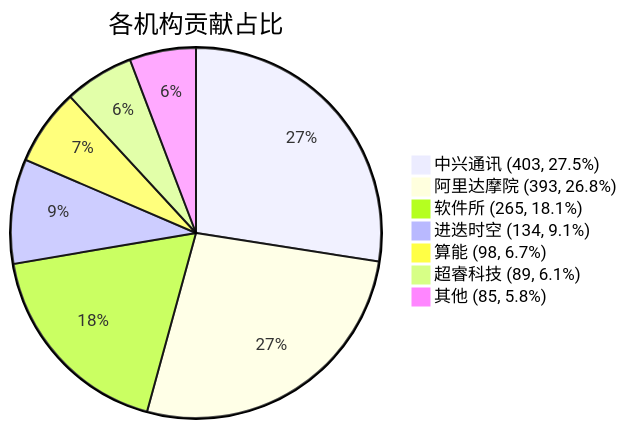
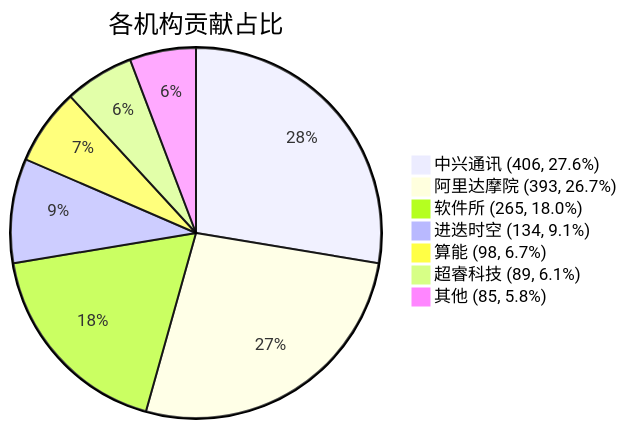
The diagram in docs/index.md (RVCK-Project/rvck), drawn with Mermaid before and after one commit. The commit also changed other lines of this file and 21 other files, not shown here.

````diff
--- a/docs/index.md
+++ b/docs/index.md
@@ -39,10 +39,10 @@
 ```mermaid
 pie title 各机构贡献占比
-    "中兴通讯 (403, 27.5%)" : 403
-    "阿里达摩院 (393, 26.8%)" : 393
-    "软件所 (265, 18.1%)" : 265
+    "中兴通讯 (406, 27.6%)" : 406
+    "阿里达摩院 (393, 26.7%)" : 393
+    "软件所 (265, 18.0%)" : 265
     "进迭时空 (134, 9.1%)" : 134
     "算能 (98, 6.7%)" : 98
     "超睿科技 (89, 6.1%)" : 89
     "其他 (85, 5.8%)" : 85
 ```
````
